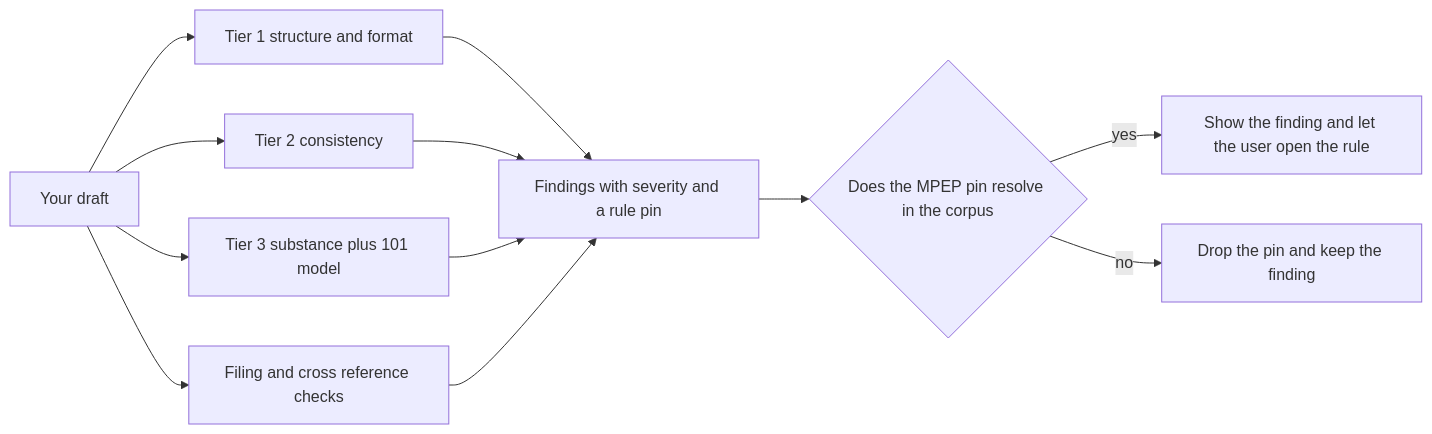
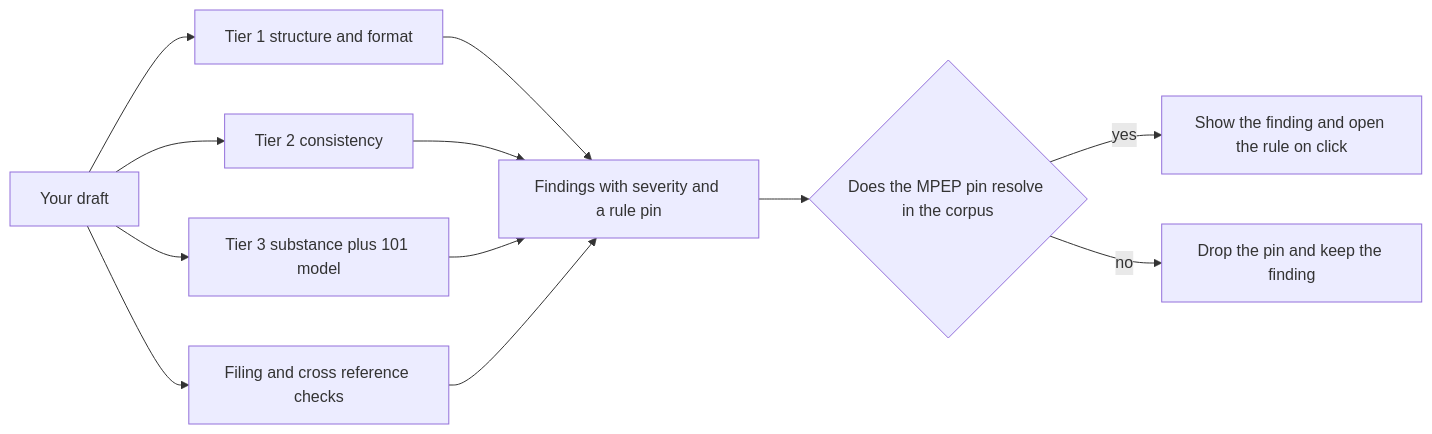
Before and after one commit to aaravmin/Pincite: the second of 4 diagrams in README.md, drawn with Mermaid. The commit also changed other lines of this file and 41 other files, not shown here.

````diff
--- a/README.md
+++ b/README.md
@@ -103,14 +80,14 @@
 ```mermaid
 flowchart LR
   A[Your draft] --> B[Tier 1 structure and format]
   A --> C[Tier 2 consistency]
   A --> D[Tier 3 substance plus 101 model]
   A --> E[Filing and cross reference checks]
   B --> F[Findings with severity and a rule pin]
   C --> F
   D --> F
   E --> F
   F --> G{Does the MPEP pin resolve in the corpus}
-  G -->|yes| H[Show the finding and let the user open the rule]
+  G -->|yes| H[Show the finding and open the rule on click]
   G -->|no| I[Drop the pin and keep the finding]
 ```
````
